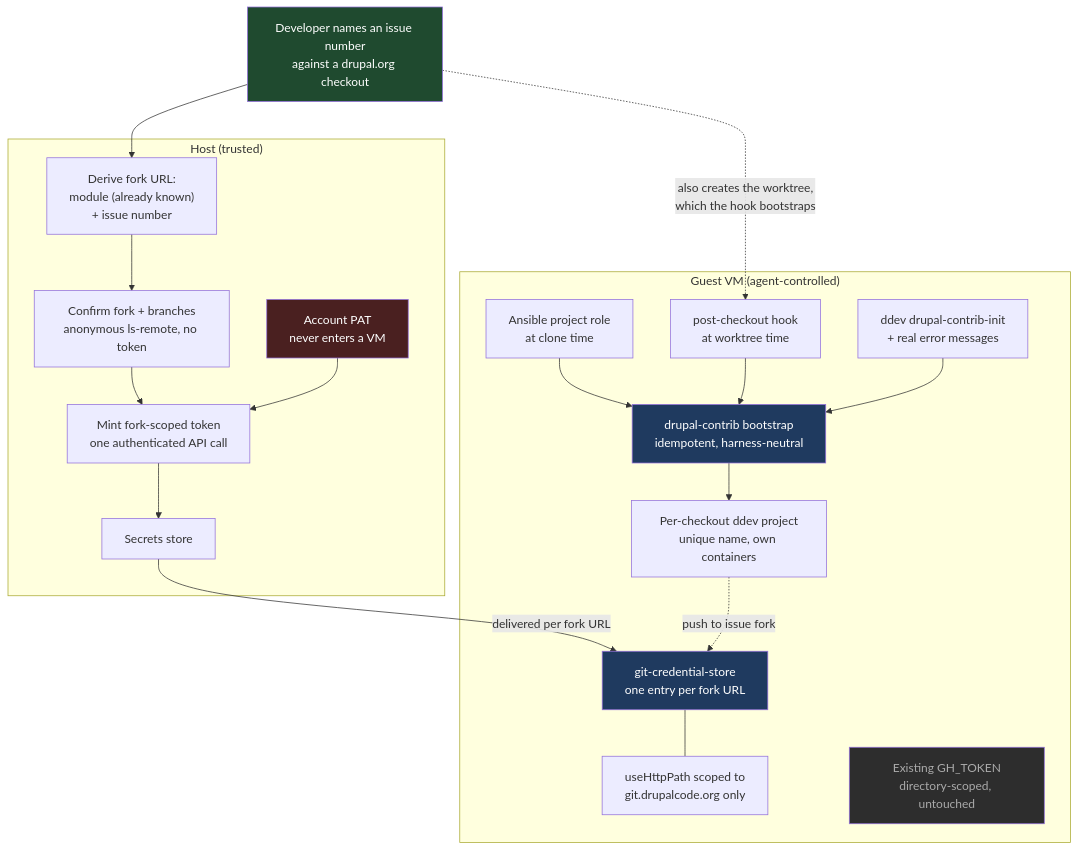
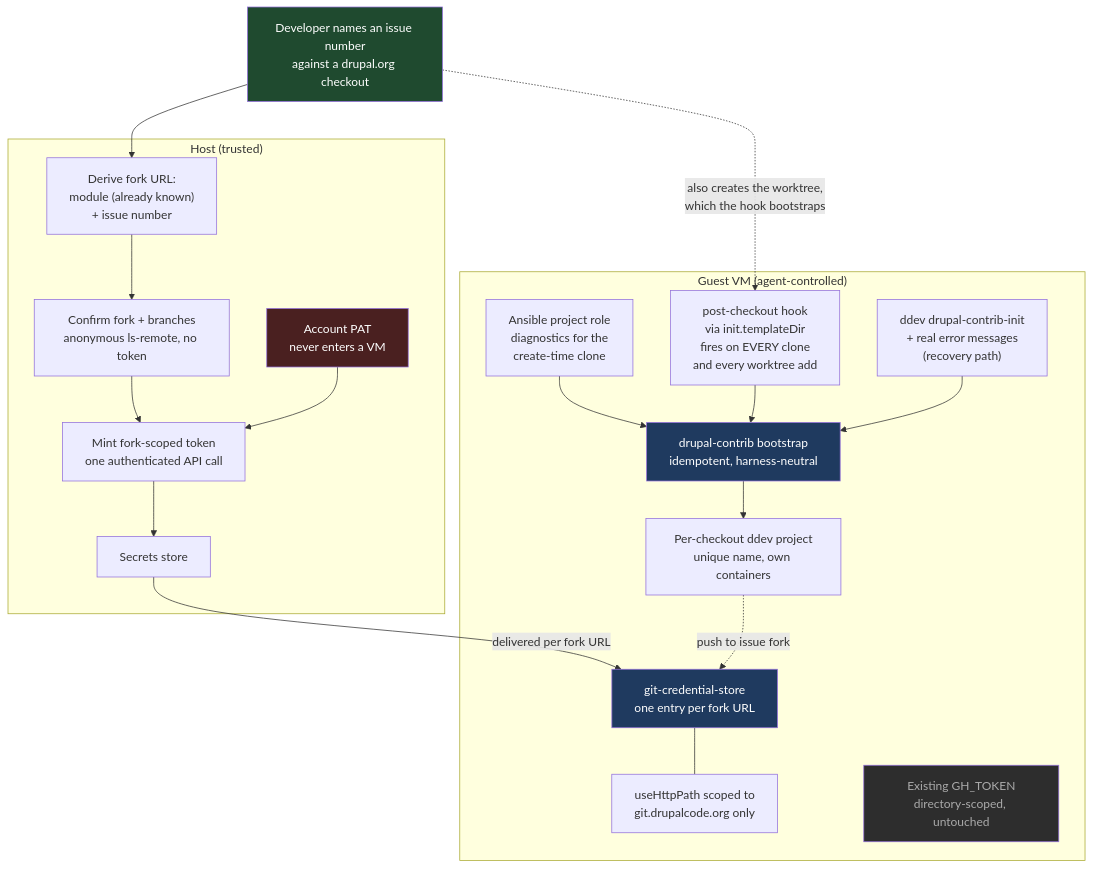
The diagram in .ai/strikethroo/plans/20--drupalorg-contribution-workflow/plan-20--drupalorg-contribution-workflow.md (Lullabot/sandbar), drawn with Mermaid before and after one commit. The commit also changed other lines of this file, not shown here.

First line of the commit message:
docs(strikethroo): refine plan 20 — multi-project VMs, per-task review gate

````diff
--- a/.ai/strikethroo/plans/20--drupalorg-contribution-workflow/plan-20--drupalorg-contribution-workflow.md
+++ b/.ai/strikethroo/plans/20--drupalorg-contribution-workflow/plan-20--drupalorg-contribution-workflow.md
@@ -255,42 +307,42 @@
 ```mermaid
 graph TD
     DEV["Developer names an issue number<br/>against a drupal.org checkout"]
 
     subgraph HOST["Host (trusted)"]
         DERIVE["Derive fork URL:<br/>module (already known)<br/>+ issue number"]
         VERIFY["Confirm fork + branches<br/>anonymous ls-remote, no token"]
         PAT["Account PAT<br/>never enters a VM"]
         MINT["Mint fork-scoped token<br/>one authenticated API call"]
         SEC["Secrets store"]
         DERIVE --> VERIFY --> MINT --> SEC
         PAT --> MINT
     end
 
     DEV --> DERIVE
 
     subgraph GUEST["Guest VM (agent-controlled)"]
         CRED["git-credential-store<br/>one entry per fork URL"]
         HTTP["useHttpPath scoped to<br/>git.drupalcode.org only"]
         GH["Existing GH_TOKEN<br/>directory-scoped, untouched"]
         CRED --- HTTP
 
         BOOT["drupal-contrib bootstrap<br/>idempotent, harness-neutral"]
-        T1["Ansible project role<br/>at clone time"]
-        T2["post-checkout hook<br/>at worktree time"]
-        T3["ddev drupal-contrib-init<br/>+ real error messages"]
+        T2["post-checkout hook<br/>via init.templateDir<br/>fires on EVERY clone<br/>and every worktree add"]
+        T1["Ansible project role<br/>diagnostics for the<br/>create-time clone"]
+        T3["ddev drupal-contrib-init<br/>+ real error messages<br/>(recovery path)"]
         T1 --> BOOT
         T2 --> BOOT
         T3 --> BOOT
         BOOT --> PROJ["Per-checkout ddev project<br/>unique name, own containers"]
     end
 
     SEC -->|"delivered per fork URL"| CRED
     DEV -.->|"also creates the worktree,<br/>which the hook bootstraps"| T2
     PROJ -.->|"push to issue fork"| CRED
 
     style DEV fill:#1f4a2f,color:#fff
     style PAT fill:#4a2020,color:#fff
     style CRED fill:#1f3a5f,color:#fff
     style BOOT fill:#1f3a5f,color:#fff
     style GH fill:#2d2d2d,color:#aaa
 ```
````
